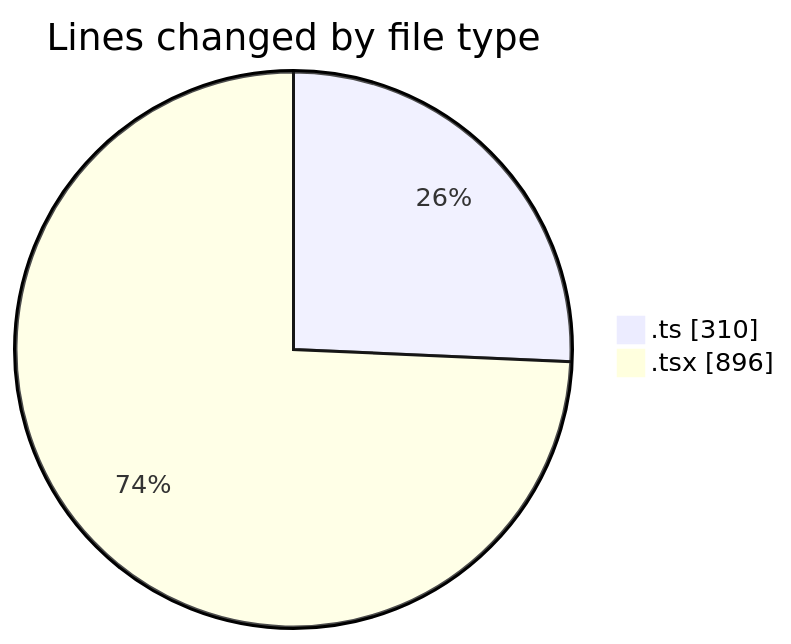
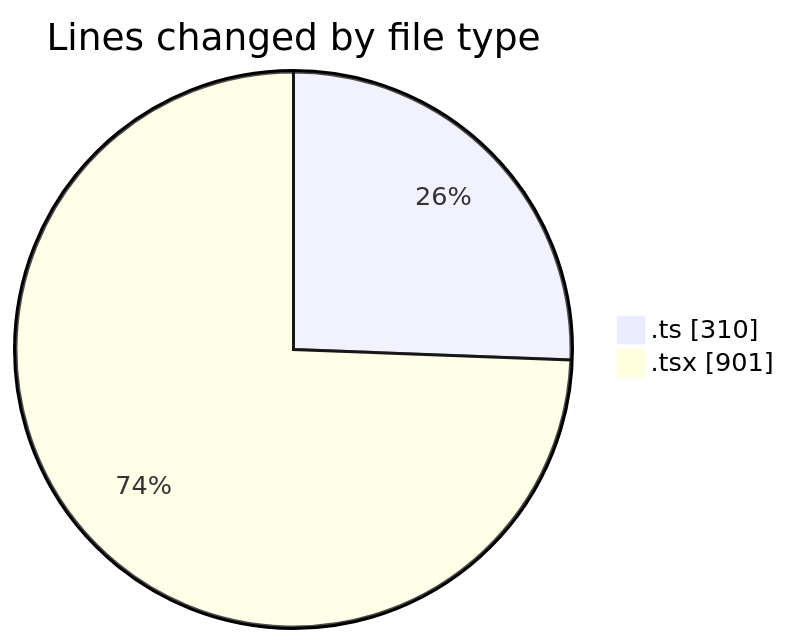
The first of 2 diagrams in 2026-09-09/cda/README.md (momahboobian/code-tracking), drawn with Mermaid before and after one commit. The commit also changed other lines of this file and 1 other file, not shown here.

````diff
--- a/2026-09-09/cda/README.md
+++ b/2026-09-09/cda/README.md
@@ -30,6 +30,6 @@
 ```mermaid
 pie showData
 title Lines changed by file type
 ".ts" : 310
-".tsx" : 896
+".tsx" : 901
 ```
````
